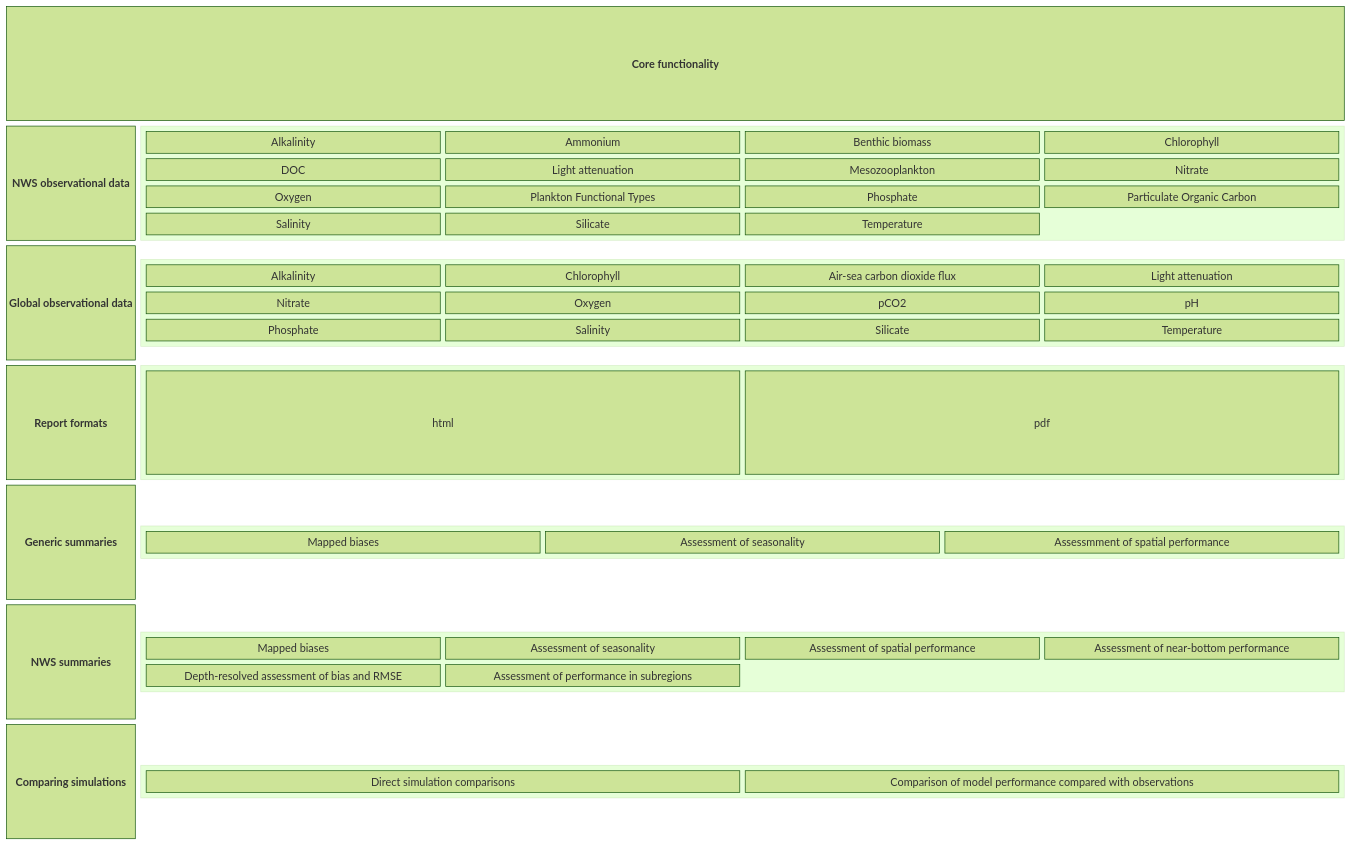
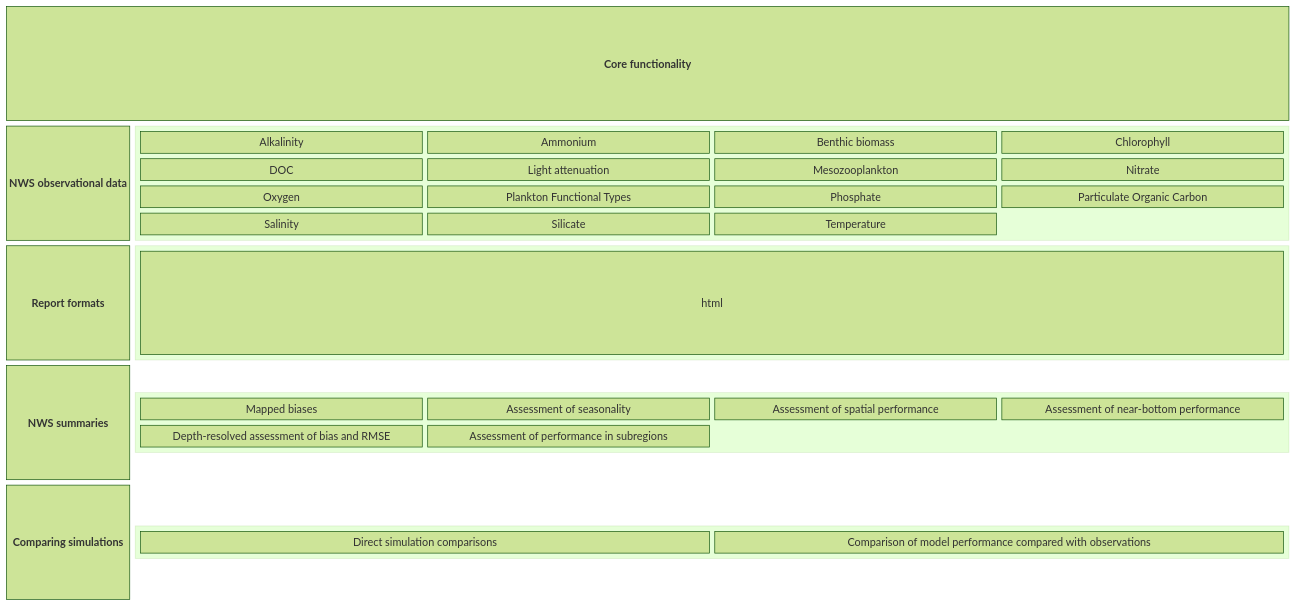
Before and after one commit to pmlmodelling/oceanVal: the diagram in README.md, drawn with Mermaid (forest theme). The commit also changed other lines of this file, not shown here.

Commit message:
remove globals from readme

````diff
--- a/README.md
+++ b/README.md
@@ -18,38 +18,28 @@
 ```mermaid 
 
 
 block-beta
   columns 10 
   a["<b>Core functionality"]:10
   b["<b>NWS observational data"]
   block:group2:9
     columns 4 
     c["Alkalinity"] d["Ammonium"] e["Benthic biomass"] f["Chlorophyll"] g["DOC"] h["Light attenuation"]  i["Mesozooplankton"] j["Nitrate"] k["Oxygen"] l["Plankton Functional Types"] m["Phosphate"] n["Particulate Organic Carbon"] o["Salinity"] p["Silicate"] q["Temperature"] 
   end
-  r["<b>Global observational data"]
-    block:group3:9
-    columns 4
-    s["Alkalinity"] t["Chlorophyll"] u["Air-sea carbon dioxide flux"] v["Light attenuation"] w["Nitrate"] x["Oxygen"] y["pCO2"] z["pH"] aa["Phosphate"] ab["Salinity"] ac["Silicate"] ad["Temperature"]
-   end
    ae["<b>Report formats"]
     block:group4:9
-    columns 2
-    af["html"] ag["pdf"] 
-   end
-   ah["<b>Generic summaries"]
-    block:group5:9
-    columns 4
-    ai["Mapped biases"] aj["Assessment of seasonality"] ak["Assessmment of spatial performance"]
+    columns 1
+    af["html"]
    end
    al["<b>NWS summaries"]
     block:group6:9
     columns 4
     am["Mapped biases"] an["Assessment of seasonality"] ao["Assessment of spatial performance"] ap["Assessment of near-bottom performance"] aq["Depth-resolved assessment of bias and RMSE"] ar["Assessment of performance in subregions"]
    end
    as["<b>Comparing simulations"]
     block:group7:9
     columns 4
     at["Direct simulation comparisons"] au["Comparison of model performance compared with observations"] 
    end
 
 ```
````
